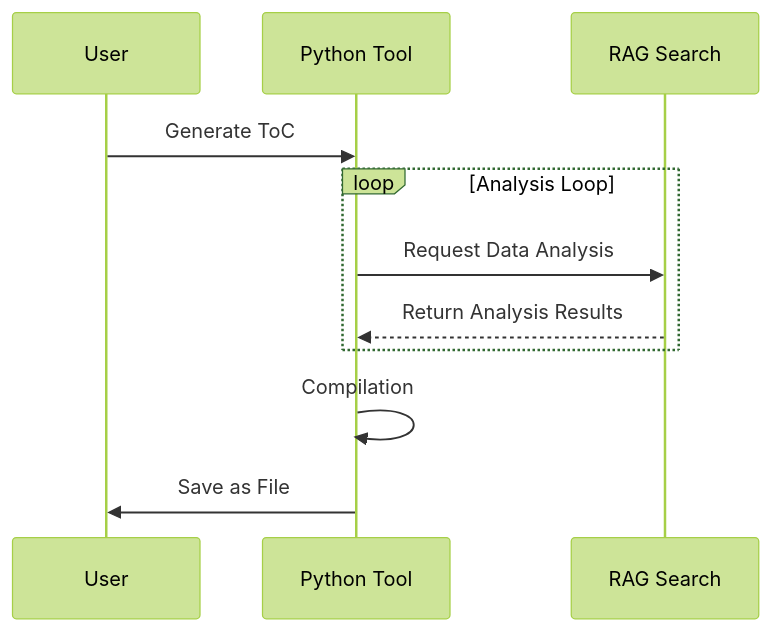
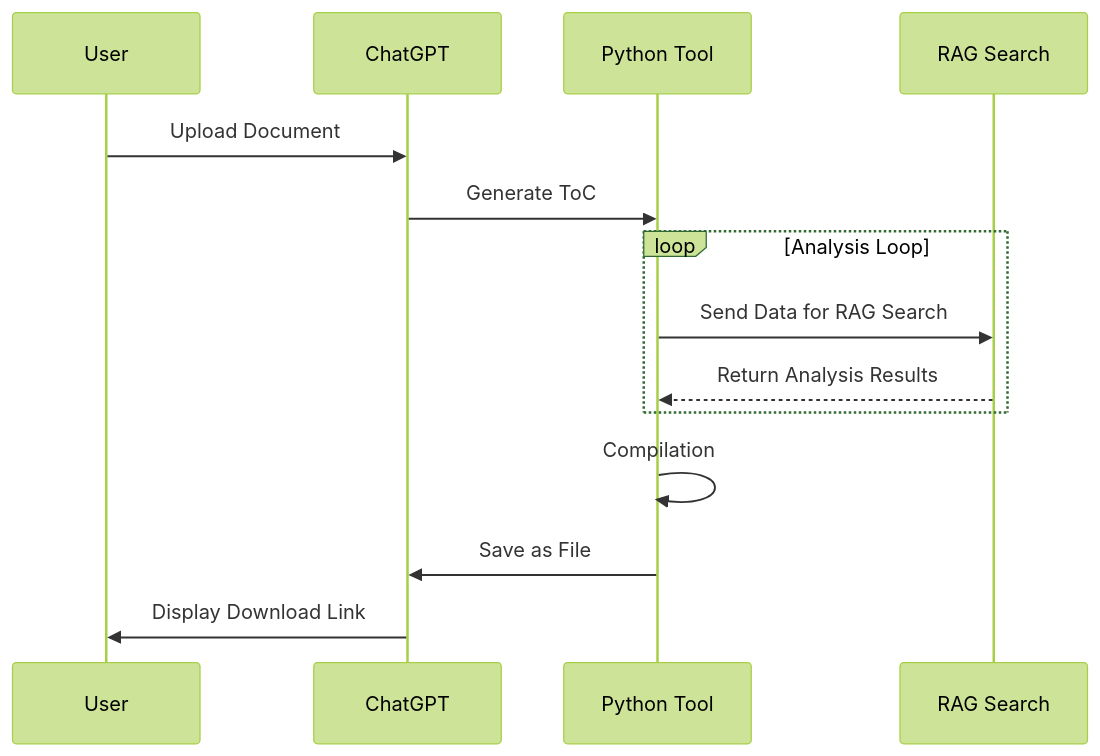
The third of 6 diagrams in README.md (nerority/Advanced-GPTs), drawn with Mermaid (forest theme) before and after one commit.

````diff
--- a/README.md
+++ b/README.md
@@ -116,14 +116,17 @@
 ```mermaid
 sequenceDiagram
     participant User
+    participant ChatGPT
     participant PythonTool as Python Tool
     participant RAG as RAG Search
 
-    User->>PythonTool: Generate ToC
+    User->>ChatGPT: Upload Document
+    ChatGPT->>PythonTool: Generate ToC
     loop Analysis Loop
-        PythonTool->>RAG: Request Data Analysis
+        PythonTool->>RAG: Send Data for RAG Search
         RAG-->>PythonTool: Return Analysis Results
     end
     PythonTool->>PythonTool: Compilation
-    PythonTool->>User: Save as File
+    PythonTool->>ChatGPT: Save as File
+    ChatGPT->>User: Display Download Link
 ```
````
